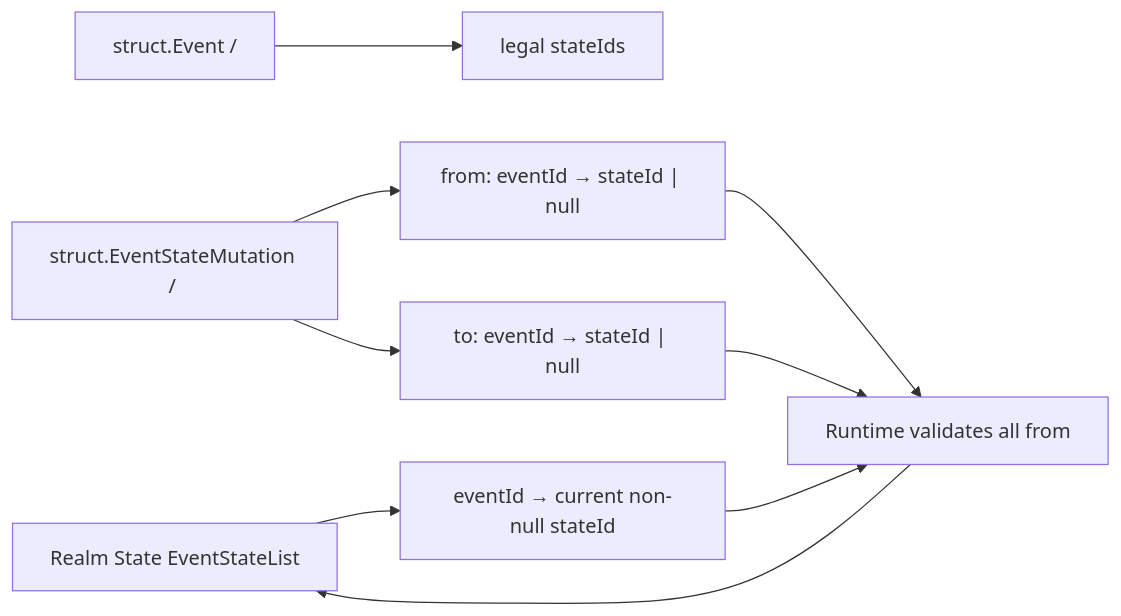
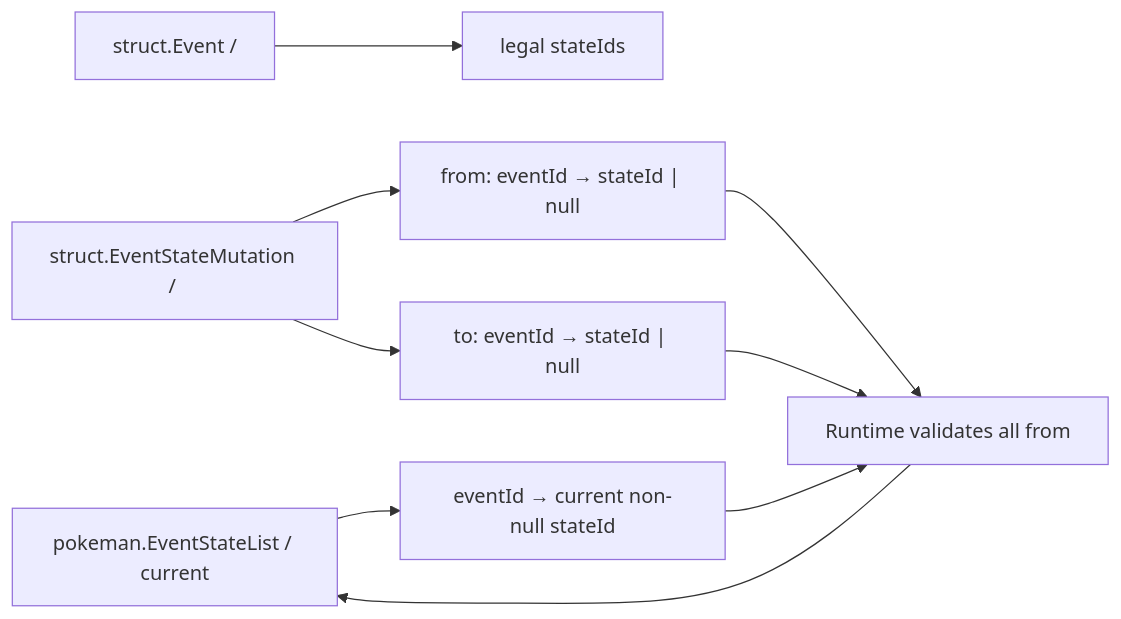
The seventh of 11 diagrams in examples/PokeMan/doc/65-data-model-diagram.md (lithdoo/loom-realm), drawn with Mermaid before and after one commit. The commit also changed other lines of this file, not shown here.

Commit message:
docs(PokeMan): sync diagrams with canonical schemas

````diff
--- a/examples/PokeMan/doc/65-data-model-diagram.md
+++ b/examples/PokeMan/doc/65-data-model-diagram.md
@@ -182,11 +179,11 @@
 ```mermaid
 flowchart LR
   EventContent["struct.Event / <eventId>"] --> LegalStates["legal stateIds"]
-  EventStateList["Realm State EventStateList"] --> Current["eventId → current non-null stateId"]
+  EventStateList["pokeman.EventStateList / current"] --> Current["eventId → current non-null stateId"]
   Mutation["struct.EventStateMutation / <mutationId>"] --> From["from: eventId → stateId | null"]
   Mutation --> To["to: eventId → stateId | null"]
   From --> Commit["Runtime validates all from"]
   Current --> Commit
   To --> Commit
   Commit --> EventStateList
 ```
````
